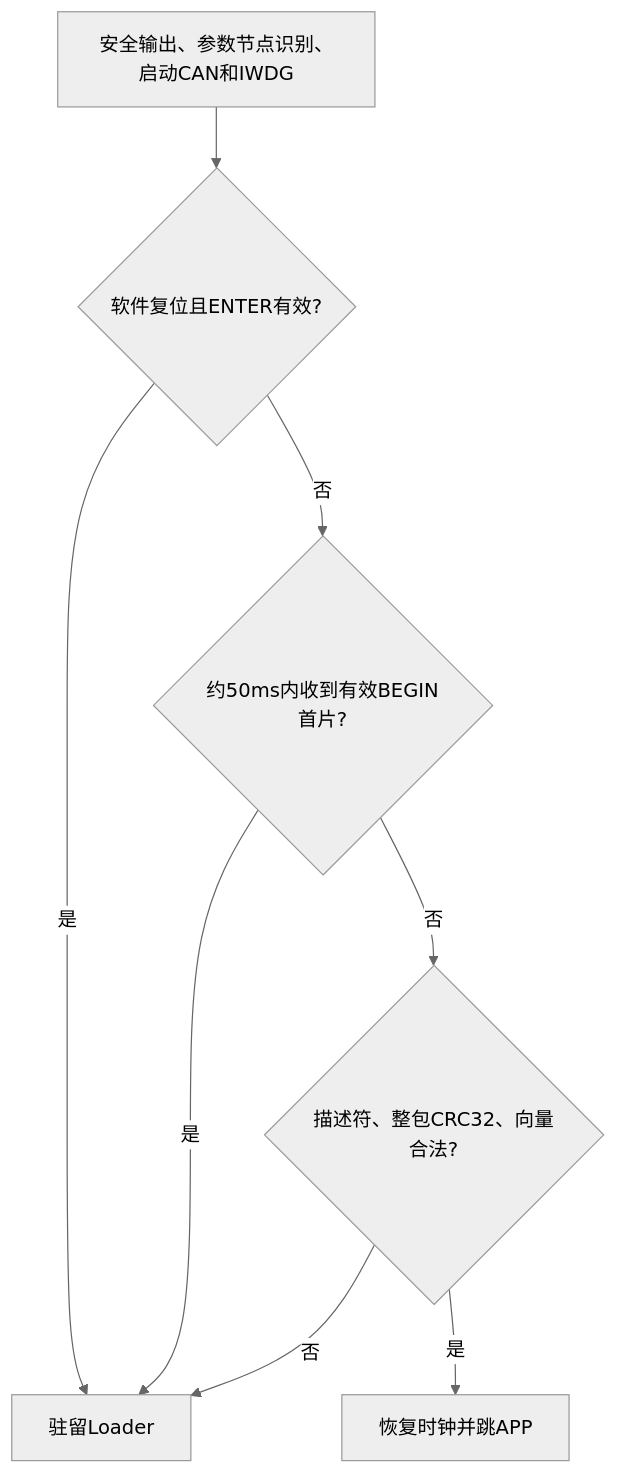
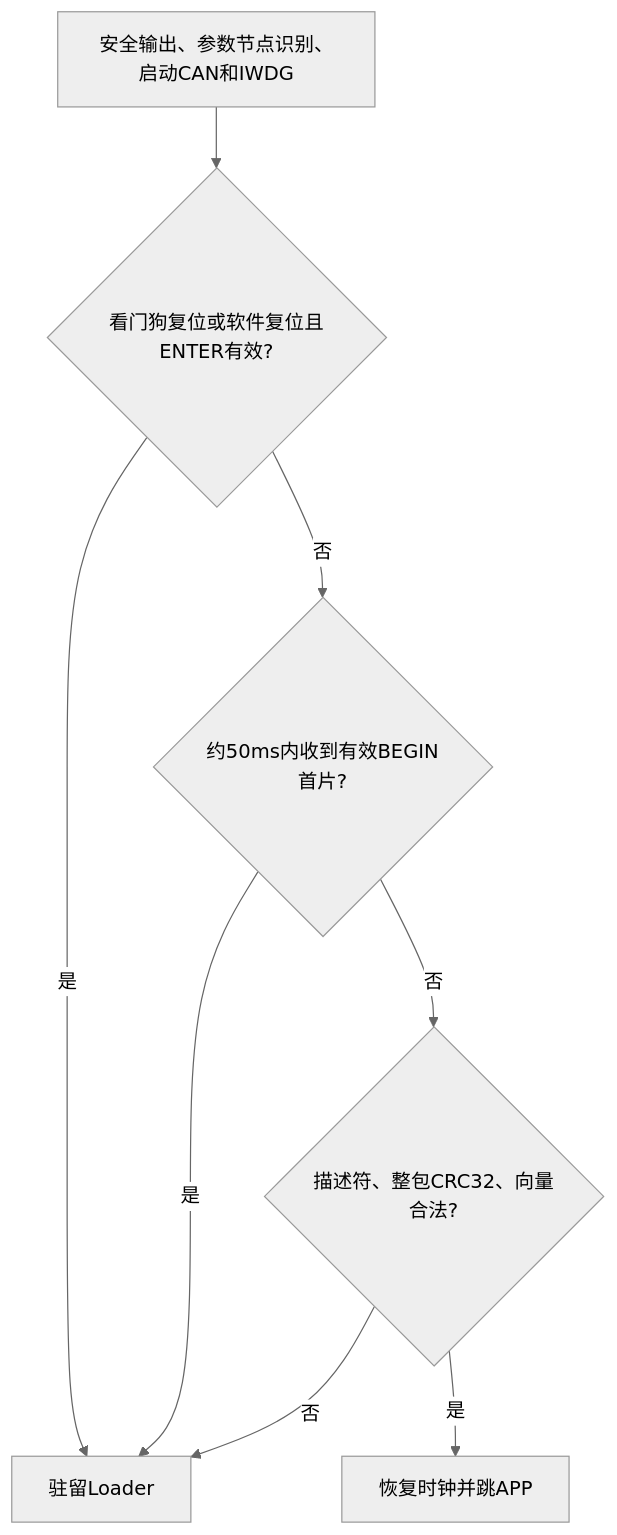
Before and after one commit to haoyang877/Vector_Mini_ST_Firmware: the second of 4 diagrams in docs/architecture/loader/loader_product_v1.md, drawn with Mermaid (neutral theme). The commit also changed other lines of this file and 35 other files, not shown here.

````diff
--- a/docs/architecture/loader/loader_product_v1.md
+++ b/docs/architecture/loader/loader_product_v1.md
@@ -73,10 +78,10 @@
 ```mermaid
 flowchart TB
-    A[安全输出、参数节点识别、启动CAN和IWDG] --> B{软件复位且ENTER有效?}
+    A[安全输出、参数节点识别、启动CAN和IWDG] --> B{看门狗复位或软件复位且ENTER有效?}
     B -- 是 --> R[驻留Loader]
     B -- 否 --> C{约50ms内收到有效BEGIN首片?}
     C -- 是 --> R
     C -- 否 --> D{描述符、整包CRC32、向量合法?}
     D -- 否 --> R
     D -- 是 --> E[恢复时钟并跳APP]
 ```
````
